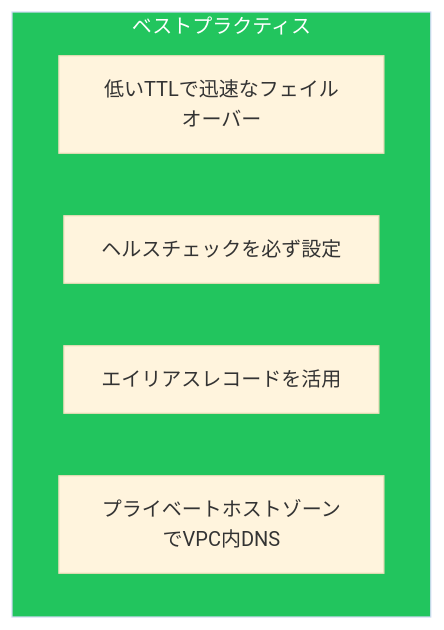
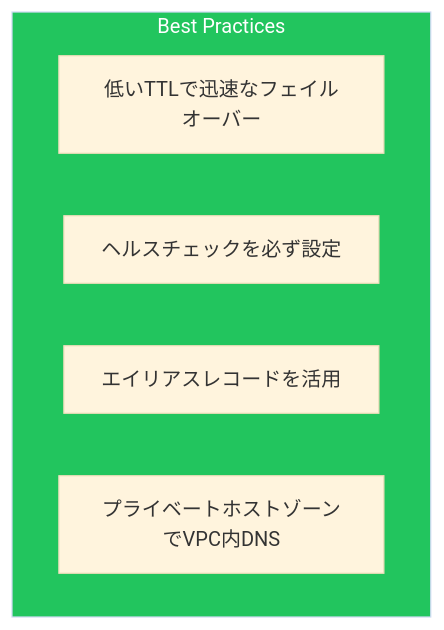
One commit to shunkus/shunku.net changed diagram 15 of 17 in content/blog/ja/aws-route53-global-accelerator.md. Above: the diagram before and after it, drawn with Mermaid (base theme). The commit also changed other lines of this file and 56 other files, not shown here.

````diff
--- a/content/blog/ja/aws-route53-global-accelerator.md
+++ b/content/blog/ja/aws-route53-global-accelerator.md
@@ -460,11 +460,11 @@
 ```mermaid
 flowchart TB
-    subgraph Best["ベストプラクティス"]
+    subgraph Best["Best Practices"]
         B1["低いTTLで迅速なフェイルオーバー"]
         B2["ヘルスチェックを必ず設定"]
         B3["エイリアスレコードを活用"]
         B4["プライベートホストゾーンでVPC内DNS"]
     end
 
     style Best fill:#22c55e,color:#fff
 ```
````
